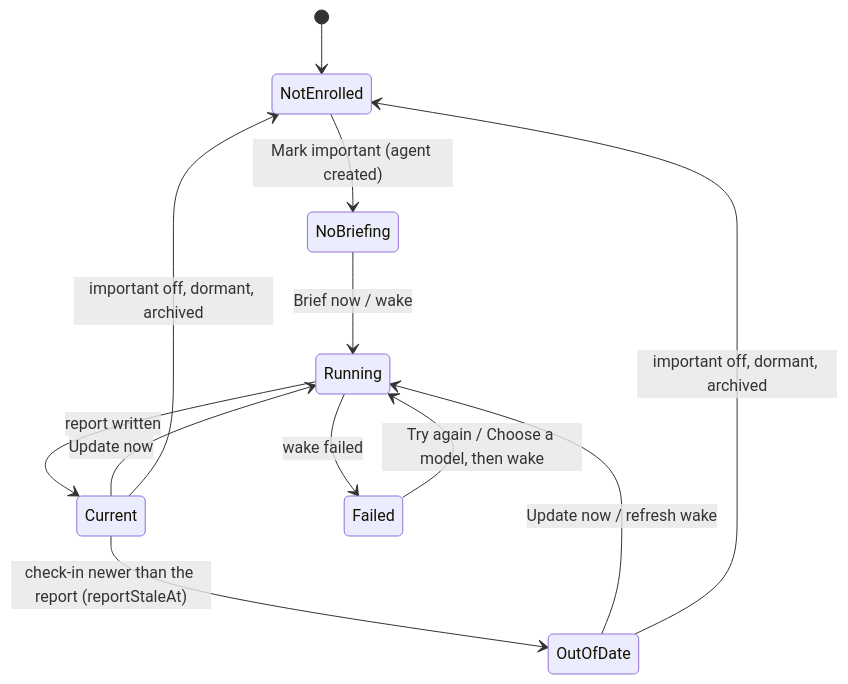
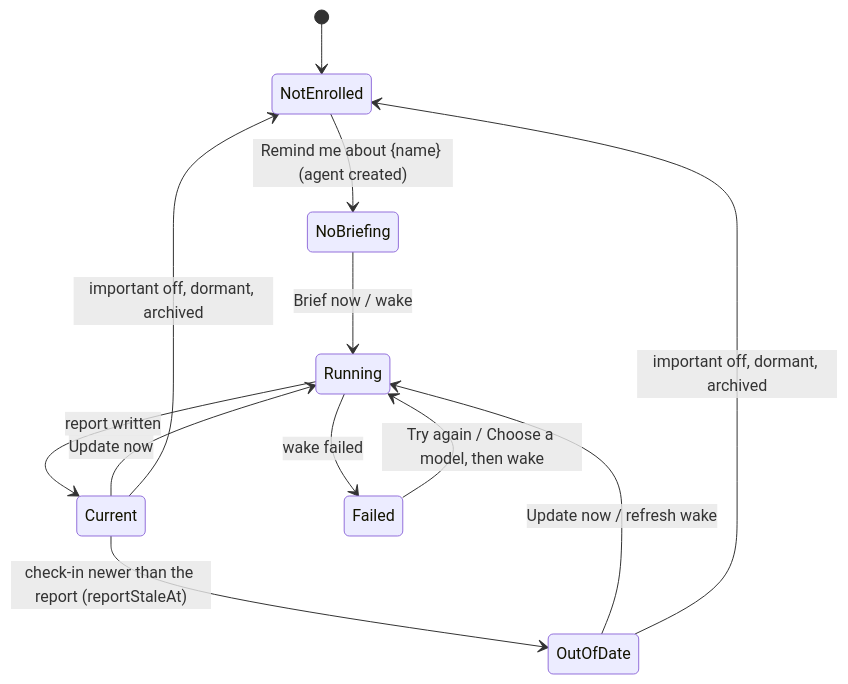
The seventh of 15 diagrams in knowledge/features/relationships.md (matthiasn/lotti), drawn with Mermaid before and after one commit. The commit also changed other lines of this file and 57 other files, not shown here.

````diff
--- a/knowledge/features/relationships.md
+++ b/knowledge/features/relationships.md
@@ -1136,14 +1198,14 @@
 ```mermaid
 stateDiagram-v2
   [*] --> NotEnrolled
-  NotEnrolled --> NoBriefing: Mark important (agent created)
+  NotEnrolled --> NoBriefing: Remind me about {name} (agent created)
   NoBriefing --> Running: Brief now / wake
   Running --> Current: report written
   Running --> Failed: wake failed
   Failed --> Running: Try again / Choose a model, then wake
   Current --> OutOfDate: check-in newer than the report (reportStaleAt)
   OutOfDate --> Running: Update now / refresh wake
   Current --> Running: Update now
   Current --> NotEnrolled: important off, dormant, archived
   OutOfDate --> NotEnrolled: important off, dormant, archived
 ```
````
